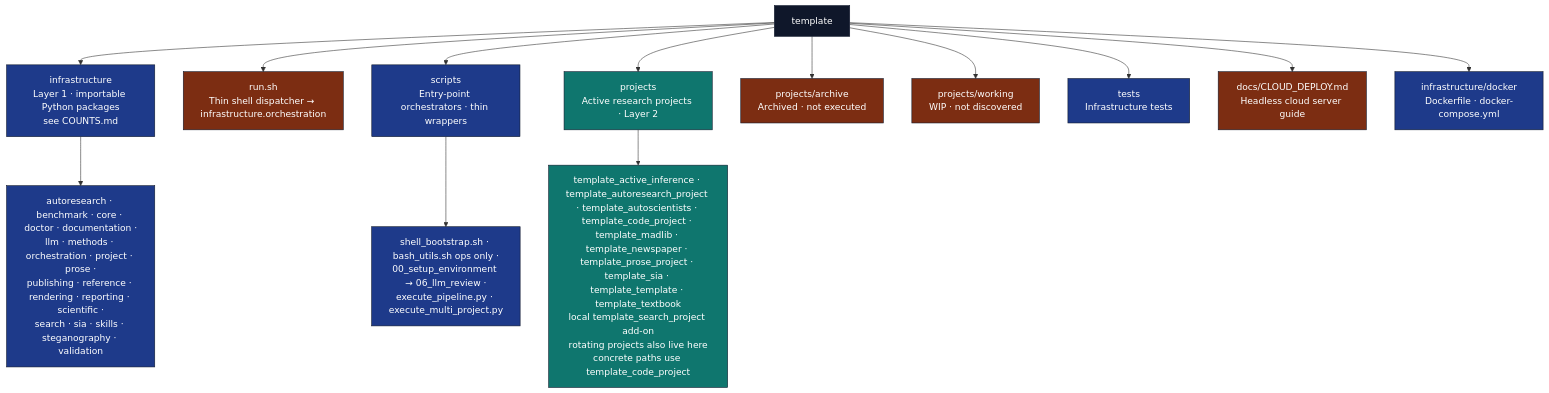
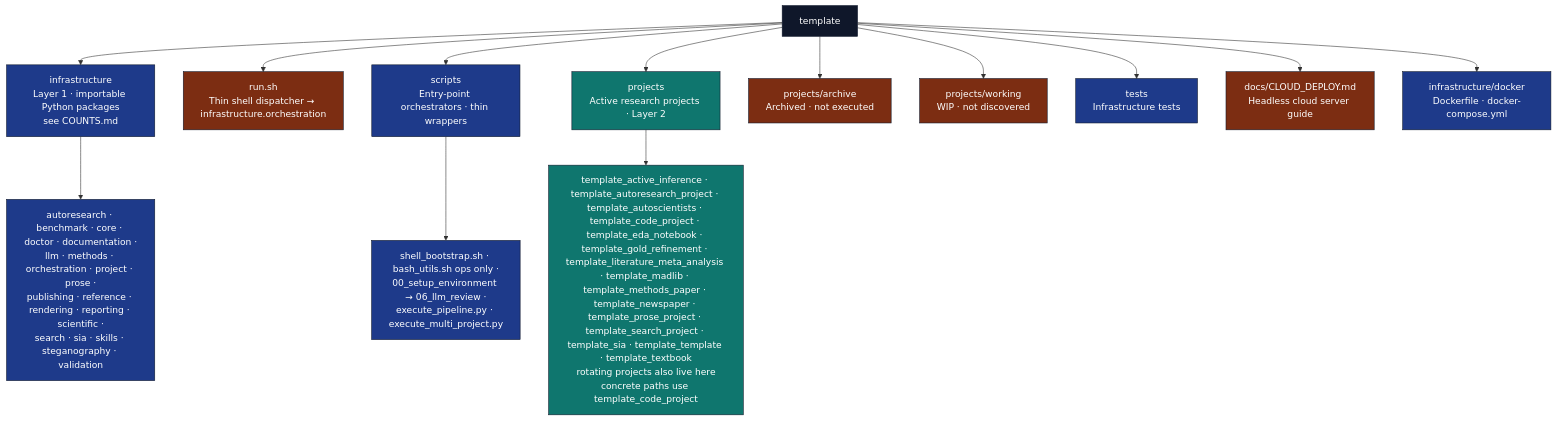
One commit to docxology/template changed the diagram in docs/PAI.md. Above: the diagram before and after it, drawn with Mermaid. The commit also changed 632 other files, not shown here.

````diff
--- a/docs/PAI.md
+++ b/docs/PAI.md
@@ -69,28 +69,28 @@
 ```mermaid
 flowchart TB
     ROOT[template]
     ROOT --> INFRA[infrastructure<br/>Layer 1 · importable Python packages<br/>see COUNTS.md]
     ROOT --> RUN[run.sh<br/>Thin shell dispatcher → infrastructure.orchestration]
     ROOT --> SCR[scripts<br/>Entry-point orchestrators · thin wrappers]
     ROOT --> PROJ[projects<br/>Active research projects · Layer 2]
     ROOT --> ARCH[projects/archive<br/>Archived · not executed]
     ROOT --> WIP[projects/working<br/>WIP · not discovered]
     ROOT --> T[tests<br/>Infrastructure tests]
     ROOT --> DOCS[docs/CLOUD_DEPLOY.md<br/>Headless cloud server guide]
     ROOT --> DOCKER[infrastructure/docker<br/>Dockerfile · docker-compose.yml]
 
     INFRA --> INFRA_PKGS[autoresearch · benchmark · core · doctor · documentation ·<br/>llm · methods · orchestration · project · prose ·<br/>publishing · reference · rendering · reporting · scientific ·<br/>search · sia · skills · steganography · validation]
 
     SCR --> SCR_FILES[shell_bootstrap.sh · bash_utils.sh ops only ·<br/>00_setup_environment → 06_llm_review ·<br/>execute_pipeline.py · execute_multi_project.py]
 
-    PROJ --> PROJ_F["template_active_inference · template_autoresearch_project · template_autoscientists · template_code_project · template_madlib · template_newspaper · template_prose_project · template_sia · template_template · template_textbook<br/>local template_search_project add-on<br/>rotating projects also live here<br/>concrete paths use template_code_project"]
+    PROJ --> PROJ_F["template_active_inference · template_autoresearch_project · template_autoscientists · template_code_project · template_eda_notebook · template_gold_refinement · template_literature_meta_analysis · template_madlib · template_methods_paper · template_newspaper · template_prose_project · template_search_project · template_sia · template_template · template_textbook<br/>rotating projects also live here<br/>concrete paths use template_code_project"]
 
     classDef root fill:#0f172a,stroke:#0f172a,color:#fff
     classDef l1 fill:#1e3a8a,stroke:#0f172a,color:#fff
     classDef l2 fill:#0f766e,stroke:#0f172a,color:#fff
     classDef gen fill:#7c2d12,stroke:#0f172a,color:#fff
     class ROOT root
     class INFRA,SCR,T,DOCKER,INFRA_PKGS,SCR_FILES l1
     class PROJ,PROJ_F l2
     class ARCH,WIP,DOCS,RUN gen
 ```
````
